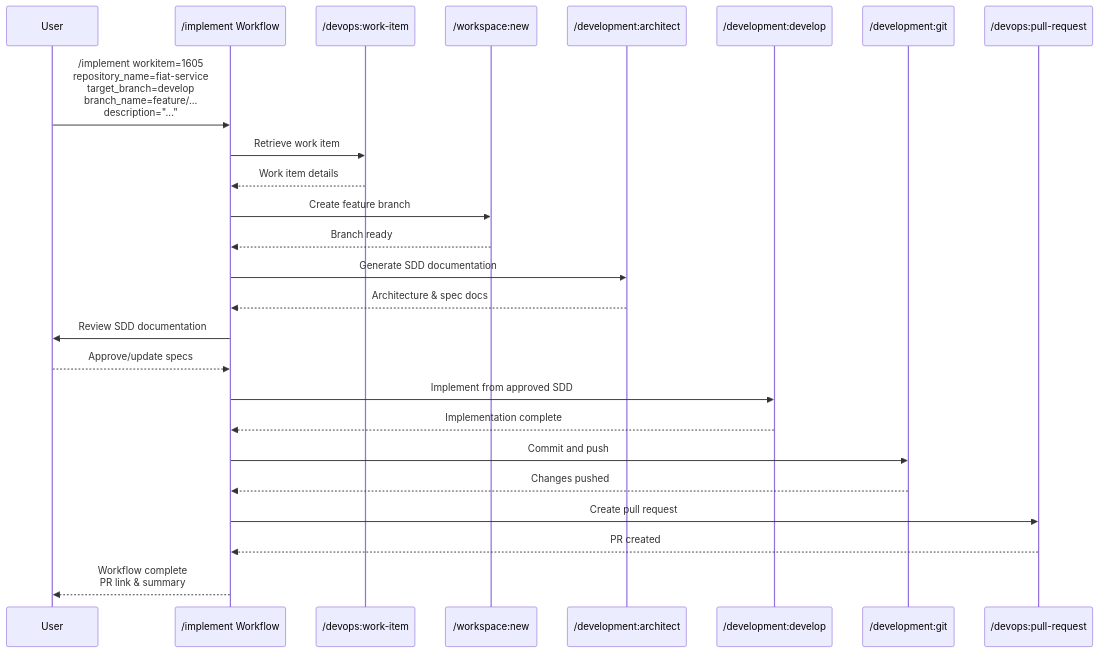
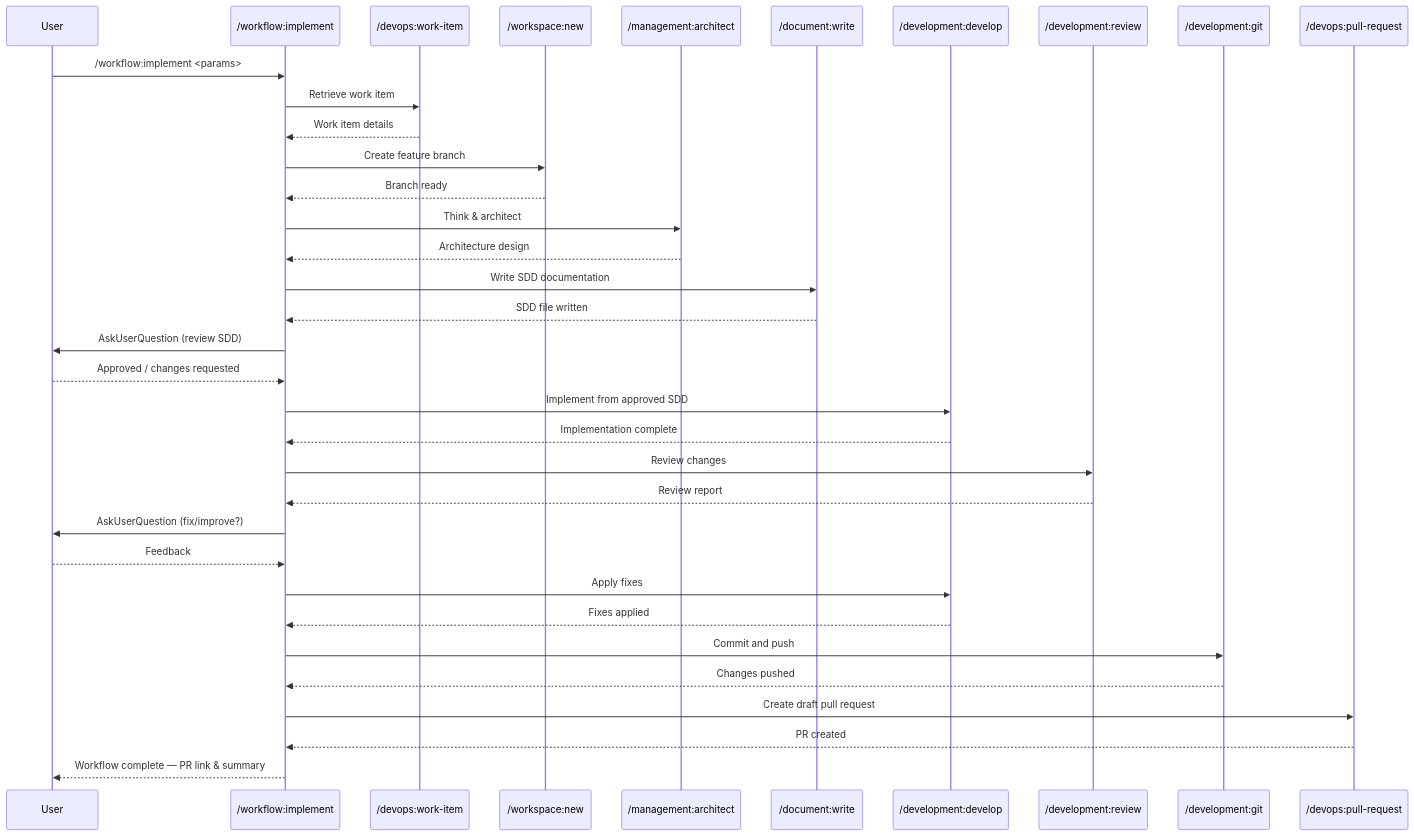
Before and after one commit to zzaia/zzaia-agentic-workspace: the diagram in .claude/commands/workflow/implement.md, drawn with Mermaid. The commit also changed other lines of this file, not shown here.

Commit message:
Improve the implement workflow;

````diff
--- a/.claude/commands/workflow/implement.md
+++ b/.claude/commands/workflow/implement.md
@@ -98,36 +105,48 @@
 ```mermaid
 sequenceDiagram
     participant U as User
-    participant P as /implement Workflow
-    participant MgmtW as /devops:work-item
-    participant WkspM as /workspace:new
-    participant DevA as /development:architect
-    participant DevD as /development:develop
-    participant DevG as /development:git
-    participant MgmtP as /devops:pull-request
+    participant P as /workflow:implement
+    participant WI as /devops:work-item
+    participant WN as /workspace:new
+    participant MA as /management:architect
+    participant DW as /document:write
+    participant DD as /development:develop
+    participant DR as /development:review
+    participant DG as /development:git
+    participant PR as /devops:pull-request
 
-    U->>P: /implement workitem=1605<br/>repository_name=fiat-service<br/>target_branch=develop<br/>branch_name=feature/...<br/>description="..."
+    U->>P: /workflow:implement <params>
 
-    P->>MgmtW: Retrieve work item
-    MgmtW-->>P: Work item details
+    P->>WI: Retrieve work item
+    WI-->>P: Work item details
 
-    P->>WkspM: Create feature branch
-    WkspM-->>P: Branch ready
+    P->>WN: Create feature branch
+    WN-->>P: Branch ready
 
-    P->>DevA: Generate SDD documentation
-    DevA-->>P: Architecture & spec docs
+    P->>MA: Think & architect
+    MA-->>P: Architecture design
 
-    P->>U: Review SDD documentation
-    U-->>P: Approve/update specs
+    P->>DW: Write SDD documentation
+    DW-->>P: SDD file written
 
-    P->>DevD: Implement from approved SDD
-    DevD-->>P: Implementation complete
+    P->>U: AskUserQuestion (review SDD)
+    U-->>P: Approved / changes requested
 
-    P->>DevG: Commit and push
-    DevG-->>P: Changes pushed
+    P->>DD: Implement from approved SDD
+    DD-->>P: Implementation complete
 
-    P->>MgmtP: Create pull request
-    MgmtP-->>P: PR created
+    P->>DR: Review changes
+    DR-->>P: Review report
+    P->>U: AskUserQuestion (fix/improve?)
+    U-->>P: Feedback
+    P->>DD: Apply fixes
+    DD-->>P: Fixes applied
 
-    P-->>U: Workflow complete<br/>PR link & summary
+    P->>DG: Commit and push
+    DG-->>P: Changes pushed
+
+    P->>PR: Create draft pull request
+    PR-->>P: PR created
+
+    P-->>U: Workflow complete — PR link & summary
 ```
````
